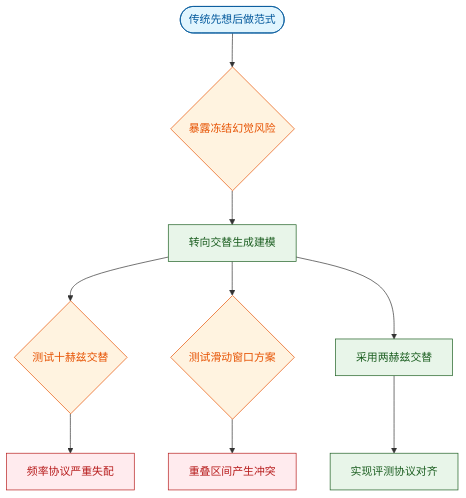
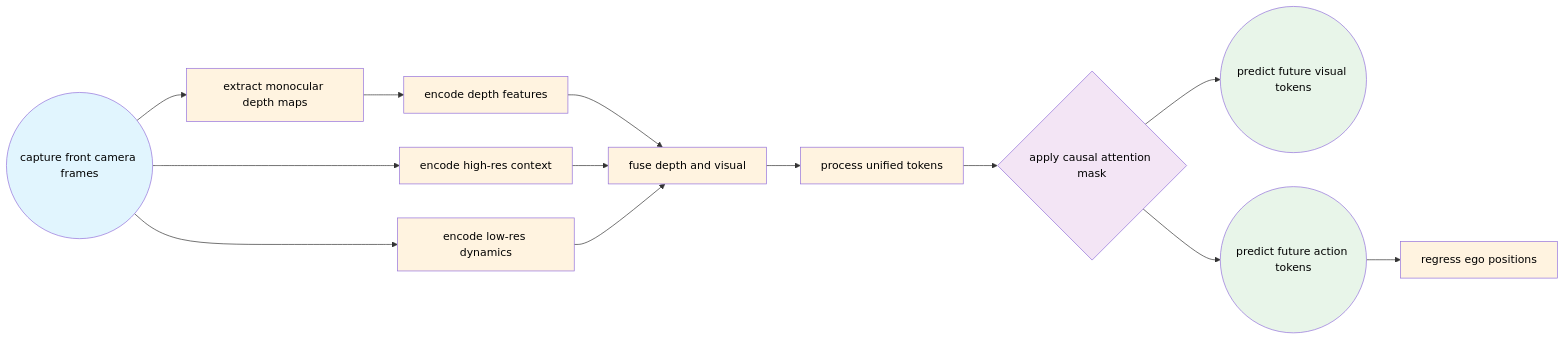
Before and after one commit to ShinewineW/paper-rolling: the eighth of 10 diagrams in person_vault/2026-06-13_UniWorldVLAInterleavedWorldModelingAndPlanningForAD_2603.27287/report.md, drawn with Mermaid. The commit also changed other lines of this file and 5 other files, not shown here.

````diff
--- a/person_vault/2026-06-13_UniWorldVLAInterleavedWorldModelingAndPlanningForAD_2603.27287/report.md
+++ b/person_vault/2026-06-13_UniWorldVLAInterleavedWorldModelingAndPlanningForAD_2603.27287/report.md
@@ -466,16 +516,20 @@
 ```mermaid
-flowchart TD
-    classDef start fill:#e1f5fe,color:#01579b,stroke:#01579b
-    classDef decision fill:#fff3e0,color:#e65100,stroke:#e65100
-    classDef dead fill:#ffebee,color:#b71c1c,stroke:#b71c1c
-    classDef success fill:#e8f5e9,color:#1b5e20,stroke:#1b5e20
+flowchart LR
+    classDef input fill:#e1f5fe,color:#000;
+    classDef process fill:#fff3e0,color:#000;
+    classDef output fill:#e8f5e9,color:#000;
+    classDef decision fill:#f3e5f5,color:#000;
 
-    legacy_paradigm(["传统先想后做范式"]):::start --> detect_hallucination{暴露冻结幻觉风险}:::decision
-    detect_hallucination --> pivot_interleave["转向交替生成建模"]:::success
-    pivot_interleave --> test_dense_freq{测试十赫兹交替}:::decision
-    test_dense_freq --> fail_freq_mismatch["频率协议严重失配"]:::dead
-    pivot_interleave --> test_slide_window{测试滑动窗口方案}:::decision
-    test_slide_window --> fail_supervision_conflict["重叠区间产生冲突"]:::dead
-    pivot_interleave --> adopt_two_hz["采用两赫兹交替"]:::success
-    adopt_two_hz --> achieve_protocol_align["实现评测协议对齐"]:::success
+    start((capture front camera frames)):::input --> depth_est["extract monocular depth maps"]:::process
+    start --> ctx_branch["encode high-res context"]:::process
+    start --> dyn_branch["encode low-res dynamics"]:::process
+    depth_est --> cde_dde["encode depth features"]:::process
+    cde_dde --> cross_attn["fuse depth and visual"]:::process
+    ctx_branch --> cross_attn
+    dyn_branch --> cross_attn
+    cross_attn --> phi_llm["process unified tokens"]:::process
+    phi_llm --> causal_mask{apply causal attention mask}:::decision
+    causal_mask --> gen_vis((predict future visual tokens)):::output
+    causal_mask --> gen_act((predict future action tokens)):::output
+    gen_act --> mlp_head["regress ego positions"]:::process
 ```
````
